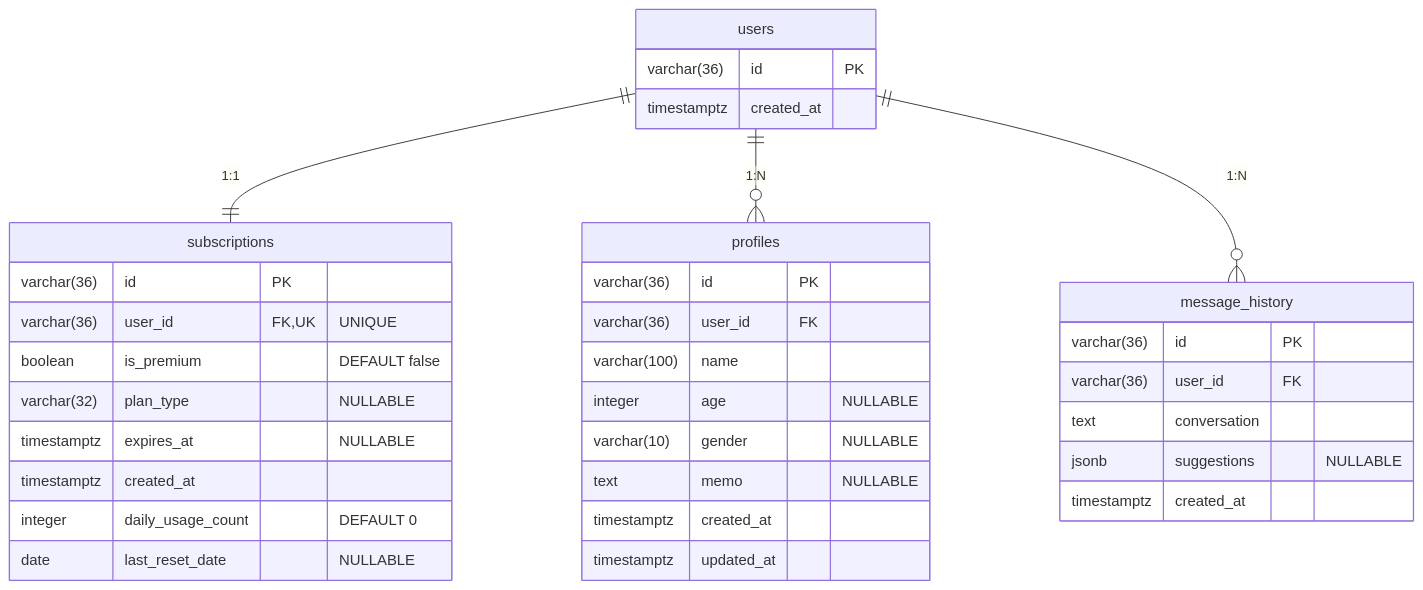
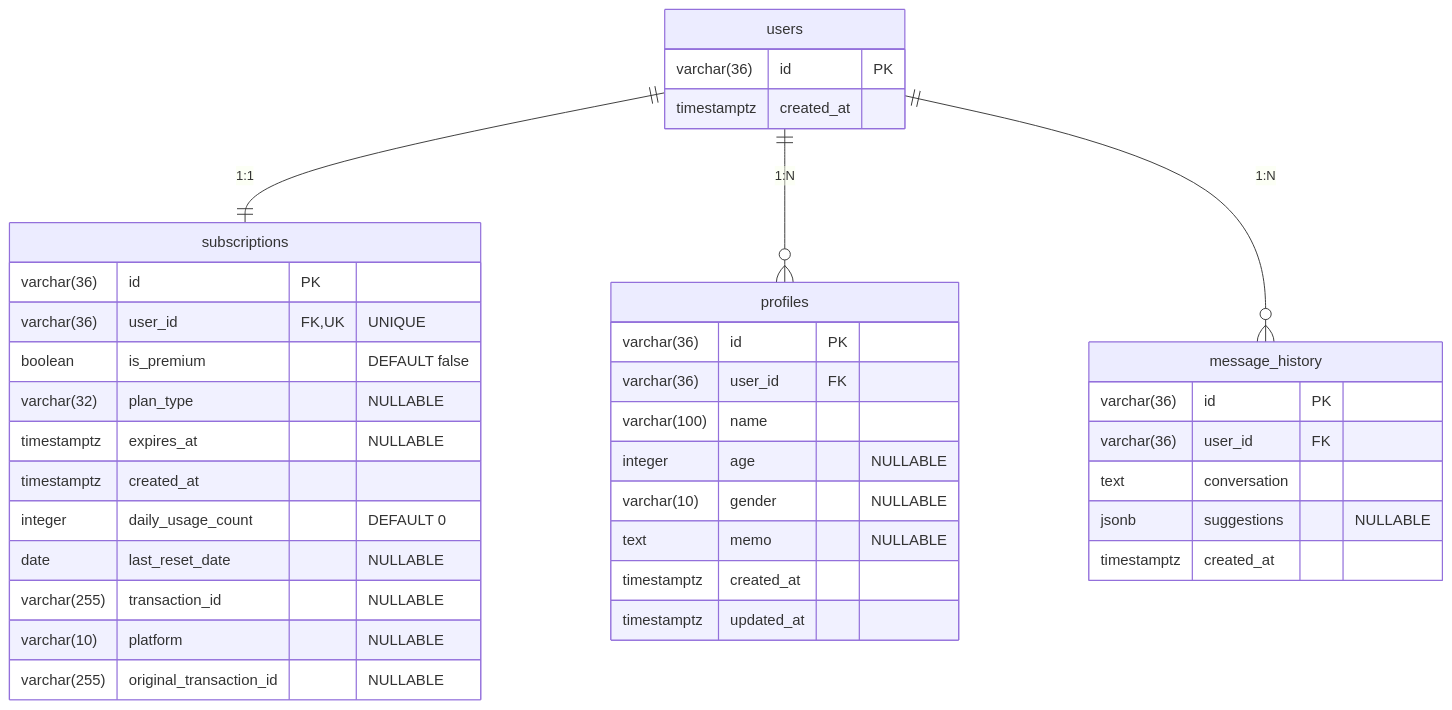
The diagram in DATABASE.md (Griotold/syrano-be), drawn with Mermaid before and after one commit. The commit also changed other lines of this file and 1 other file, not shown here.

````diff
--- a/DATABASE.md
+++ b/DATABASE.md
@@ -21,41 +21,44 @@
 ```mermaid
 erDiagram
     users ||--|| subscriptions : "1:1"
     users ||--o{ profiles : "1:N"
     users ||--o{ message_history : "1:N"
     
     users {
         varchar(36) id PK
         timestamptz created_at
     }
     
     subscriptions {
         varchar(36) id PK
         varchar(36) user_id FK,UK "UNIQUE"
         boolean is_premium "DEFAULT false"
         varchar(32) plan_type "NULLABLE"
         timestamptz expires_at "NULLABLE"
         timestamptz created_at
         integer daily_usage_count "DEFAULT 0"
         date last_reset_date "NULLABLE"
+        varchar(255) transaction_id "NULLABLE"
+        varchar(10) platform "NULLABLE"
+        varchar(255) original_transaction_id "NULLABLE"
     }
     
     profiles {
         varchar(36) id PK
         varchar(36) user_id FK
         varchar(100) name
         integer age "NULLABLE"
         varchar(10) gender "NULLABLE"
         text memo "NULLABLE"
         timestamptz created_at
         timestamptz updated_at
     }
     
     message_history {
         varchar(36) id PK
         varchar(36) user_id FK
         text conversation
         jsonb suggestions "NULLABLE"
         timestamptz created_at
     }
 ```
````
